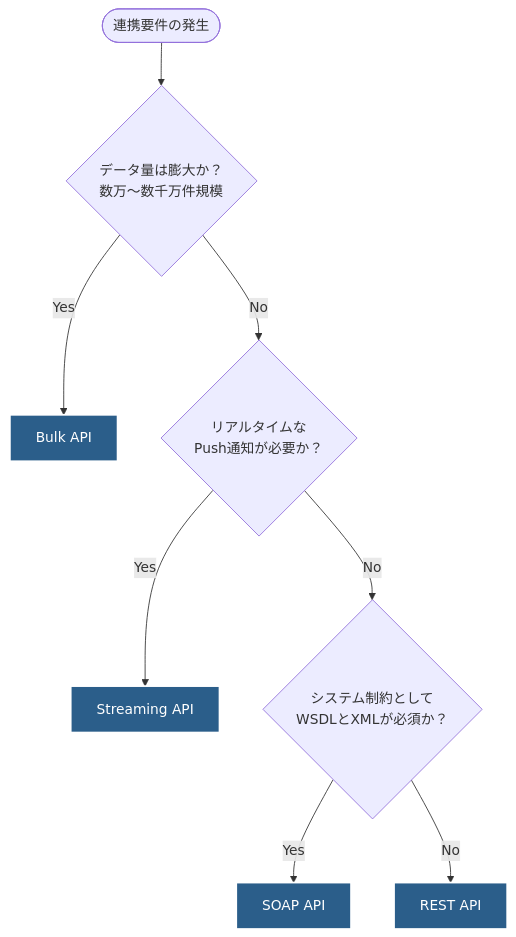
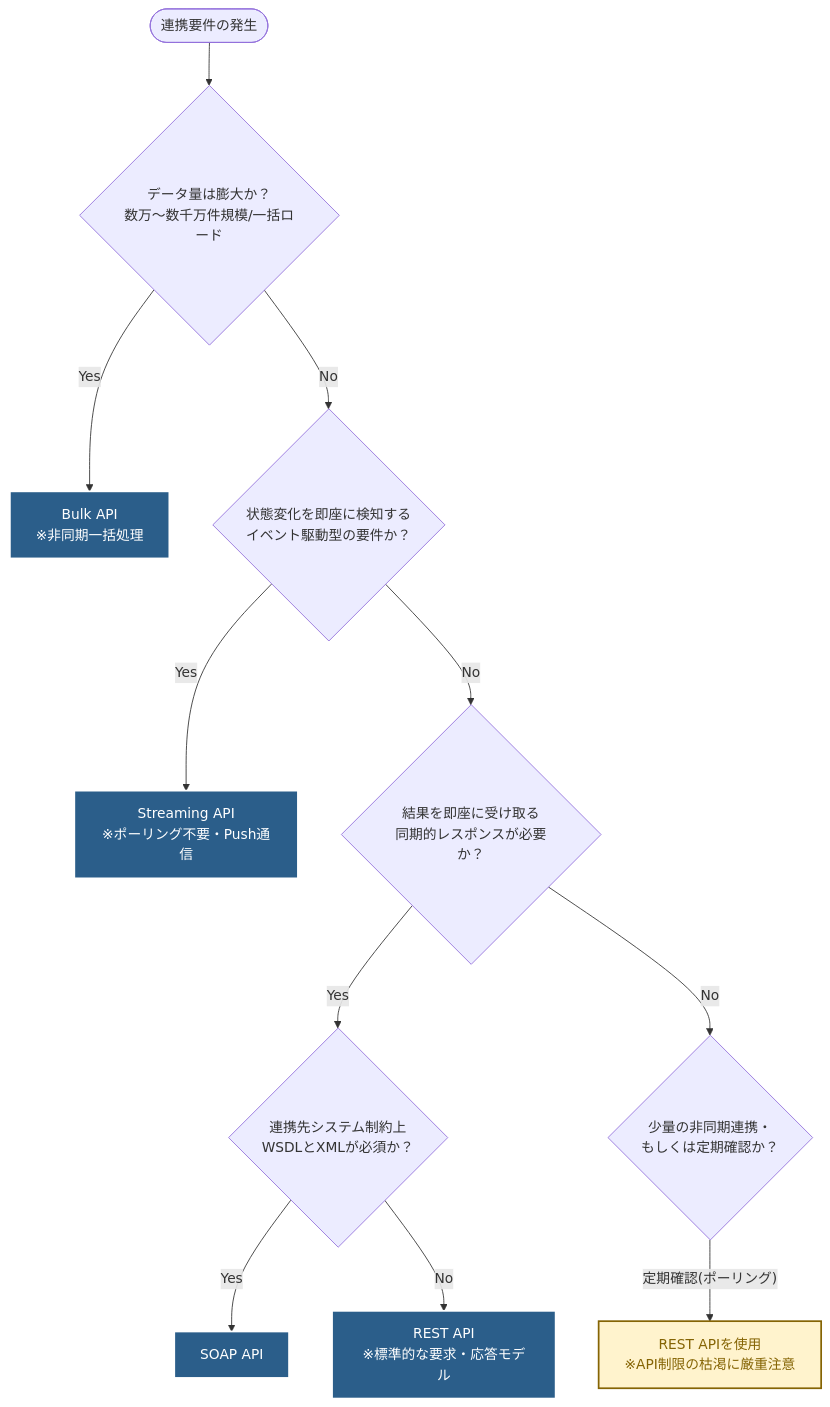
One commit to yuichiro0803/Obsidian changed the diagram in projects/04_個人学習/[🏁] P08_データ連携手法の学習/01_PHAZE1 土台固め/02_データ連携アーキテクチャ/01_API選定基準・フロー/01_API選定の判断フロー.md. Above: the diagram before and after it, drawn with Mermaid. The commit also changed other lines of this file, not shown here.

Commit message:
docs(P08): API選定判断フローにイベント駆動とポーリングの概念を追記し、フローチャートを具体化

````diff
--- a/projects/04_個人学習/[🏁] P08_データ連携手法の学習/01_PHAZE1 土台固め/02_データ連携アーキテクチャ/01_API選定基準・フロー/01_API選定の判断フロー.md
+++ b/projects/04_個人学習/[🏁] P08_データ連携手法の学習/01_PHAZE1 土台固め/02_データ連携アーキテクチャ/01_API選定基準・フロー/01_API選定の判断フロー.md
@@ -30,13 +30,18 @@
 ```mermaid
 graph TD
-    Start([連携要件の発生]) --> Q1{データ量は膨大か？<br>数万〜数千万件規模}
-    Q1 -- Yes --> A1[Bulk API]
-    Q1 -- No --> Q2{リアルタイムな<br>Push通知が必要か？}
-    Q2 -- Yes --> A2[Streaming API]
-    Q2 -- No --> Q3{システム制約として<br>WSDLとXMLが必須か？}
-    Q3 -- Yes --> A3[SOAP API]
-    Q3 -- No --> A4[REST API]
+    Start([連携要件の発生]) --> Q1{データ量は膨大か？<br>数万〜数千万件規模/一括ロード}
+    Q1 -- Yes --> A1[Bulk API<br>※非同期一括処理]
+    Q1 -- No --> Q2{状態変化を即座に検知する<br>イベント駆動型の要件か？}
+    Q2 -- Yes --> A2[Streaming API<br>※ポーリング不要・Push通信]
+    Q2 -- No --> Q3{結果を即座に受け取る<br>同期的レスポンスが必要か？}
+    Q3 -- Yes --> Q4{連携先システム制約上<br>WSDLとXMLが必須か？}
+    Q4 -- Yes --> A3[SOAP API]
+    Q4 -- No --> A4[REST API<br>※標準的な要求・応答モデル]
+    Q3 -- No --> Q5{少量の非同期連携・<br>もしくは定期確認か？}
+    Q5 -- 定期確認(ポーリング) --> A5[REST APIを使用<br>※API制限の枯渇に厳重注意]
 
     classDef apiFill fill:#2b5e8a,stroke:#fff,stroke-width:2px,color:#fff;
+    classDef caution fill:#fff3cd,stroke:#856404,stroke-width:2px,color:#856404;
     class A1,A2,A3,A4 apiFill;
+    class A5 caution;
 ```
````
